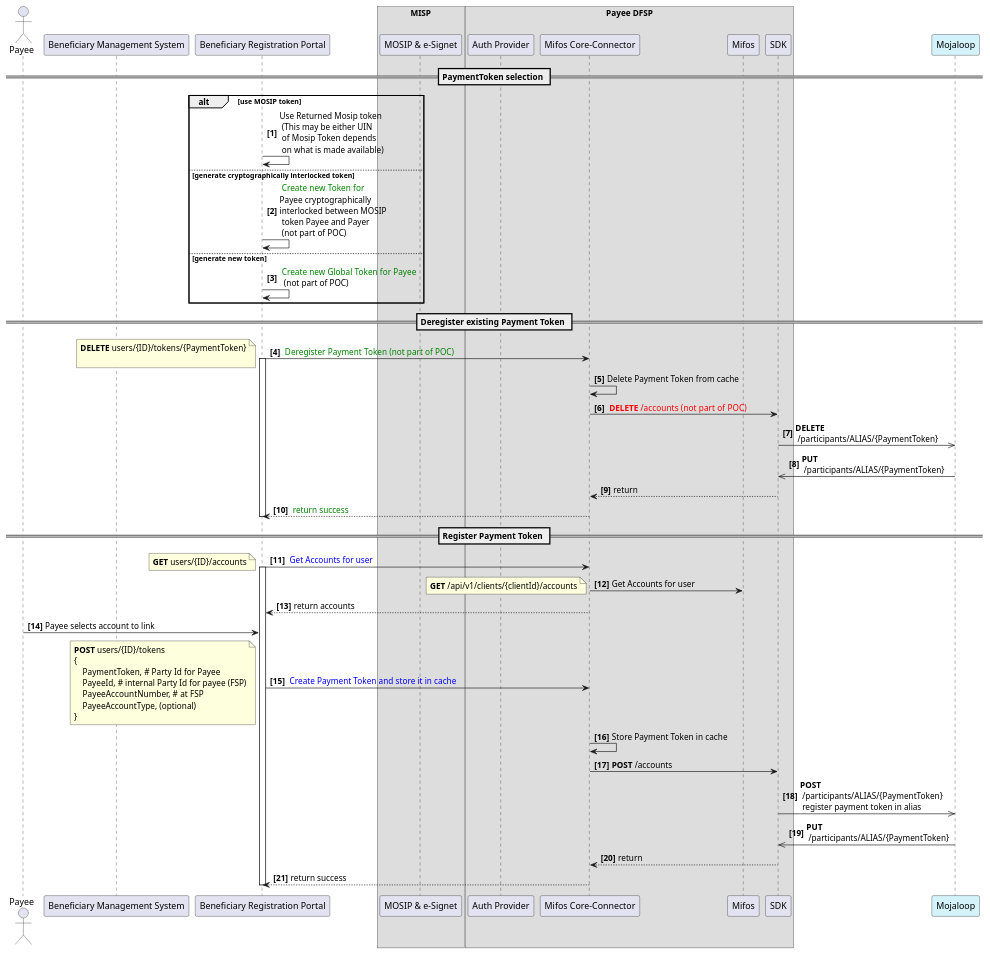
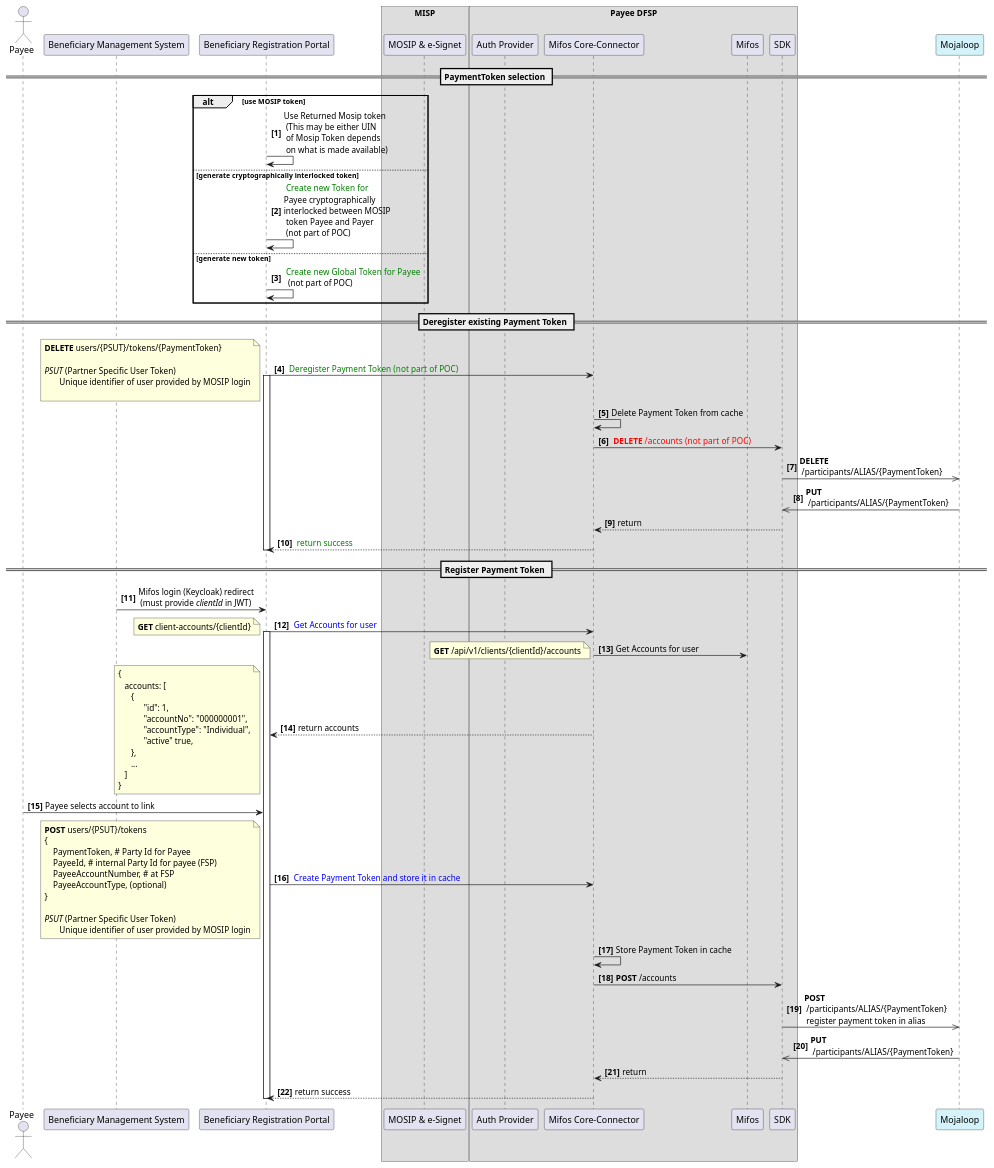
One commit to mojaloop/ml-mosip-integration changed the diagram in Docs/G2PTokenRegistrationRedirect-3-TokenRegistration.plantuml. Above: the diagram before and after it, drawn with PlantUML. The commit also changed 5 other files, not shown here.

Commit message:
feat(iprod-329): correct diagrams and updated README

```diff
--- a/Docs/G2PTokenRegistrationRedirect-3-TokenRegistration.plantuml
+++ b/Docs/G2PTokenRegistrationRedirect-3-TokenRegistration.plantuml
@@ -1,85 +1,106 @@
 @startuml
 autonumber 1 "<b>[0]"
 
 actor "Payee" as Payee
 
 participant "Beneficiary Management System" as BMS
 participant "Beneficiary Registration Portal" as BRP
 
 box MISP
 participant "MOSIP & e-Signet" as eSignet
 end box
 box "Payee DFSP"
 participant "Auth Provider" as OAuth
 participant "Mifos Core-Connector" as CC
 participant "Mifos" as Mifos
 participant "SDK" as SDK
 end box
 participant "Mojaloop" as Mojaloop  #d4f2f9
 
 == PaymentToken selection ==
 
 alt use MOSIP token
 BRP->BRP: Use Returned Mosip token \n (This may be either UIN \n of Mosip Token depends \n on what is made available)
 else generate cryptographically interlocked token
 BRP->BRP: <color:Green> Create new Token for \nPayee cryptographically \ninterlocked between MOSIP\n token Payee and Payer \n (not part of POC)
 else generate new token
 BRP->BRP: <color:Green> Create new Global Token for Payee\n  (not part of POC)
 end
 
 
 == Deregister existing Payment Token ==
 BRP->CC: <color:Green> Deregister Payment Token (not part of POC)
 note left
-**DELETE** users/{ID}/tokens/{PaymentToken}
+**DELETE** users/{PSUT}/tokens/{PaymentToken}
+
+<i>PSUT</i> (Partner Specific User Token)
+       Unique identifier of user provided by MOSIP login
 
 end note
 activate BRP
 
 CC->CC: Delete Payment Token from cache
 CC->SDK: <color:Red> **DELETE** /accounts  (not part of POC)
 SDK->>Mojaloop: **DELETE** \n /participants/ALIAS/{PaymentToken}
 Mojaloop->>SDK: **PUT** \n /participants/ALIAS/{PaymentToken}
 SDK-->CC: return
 
 CC-->BRP: <color:Green> return success
 deactivate BRP
 
 
 == Register Payment Token ==
+
+BMS -> BRP: Mifos login (Keycloak) redirect \n (must provide <i>clientId</i> in JWT)
 BRP->CC: <color:Blue> Get Accounts for user
 note left
-**GET** users/{ID}/accounts
+**GET** client-accounts/{clientId}
 end note
 
 activate BRP
 CC->Mifos: Get Accounts for user
 note left
 **GET** /api/v1/clients/{clientId}/accounts
 end note
 CC-->BRP: return accounts
+note bottom
+{
+   accounts: [
+      {
+            "id": 1,
+            "accountNo": "000000001",
+            "accountType": "Individual",
+            "active" true,
+      },
+      ...
+   ]
+}
+end note
 
 
 Payee->BRP: Payee selects account to link
 BRP->CC: <color:Blue> Create Payment Token and store it in cache
 note left
-**POST** users/{ID}/tokens
+**POST** users/{PSUT}/tokens
 {
     PaymentToken, # Party Id for Payee
     PayeeId, # internal Party Id for payee (FSP)
     PayeeAccountNumber, # at FSP
     PayeeAccountType, (optional)
 }
+
+<i>PSUT</i> (Partner Specific User Token)
+       Unique identifier of user provided by MOSIP login
 end note
 
 CC->CC: Store Payment Token in cache
 CC->SDK: **POST** /accounts
 SDK->>Mojaloop: **POST** \n /participants/ALIAS/{PaymentToken} \n register payment token in alias
 Mojaloop->>SDK: **PUT** \n /participants/ALIAS/{PaymentToken}
 SDK-->CC: return
 CC-->BRP: return success
 deactivate BRP
 
 
 
 @enduml
```
